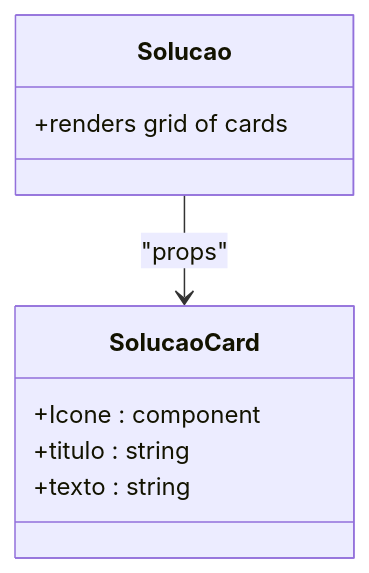
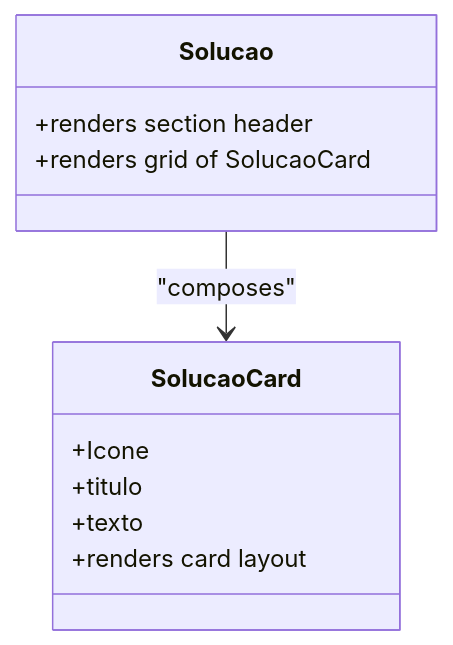
Before and after one commit to isadorabassoasseiro-boop/OptiCode: the sixth of 12 diagrams in .qoder/repowiki/en/content/Component Architecture/Component Architecture.md, drawn with Mermaid. The commit also changed other lines of this file and 35 other files, not shown here.

````diff
--- a/.qoder/repowiki/en/content/Component Architecture/Component Architecture.md
+++ b/.qoder/repowiki/en/content/Component Architecture/Component Architecture.md
@@ -234,12 +243,14 @@
 ```mermaid
 classDiagram
 class Solucao {
-+renders grid of cards
++renders section header
++renders grid of SolucaoCard
 }
 class SolucaoCard {
-+Icone : component
-+titulo : string
-+texto : string
++Icone
++titulo
++texto
++renders card layout
 }
-Solucao --> SolucaoCard : "props"
+Solucao --> SolucaoCard : "composes"
 ```
````
